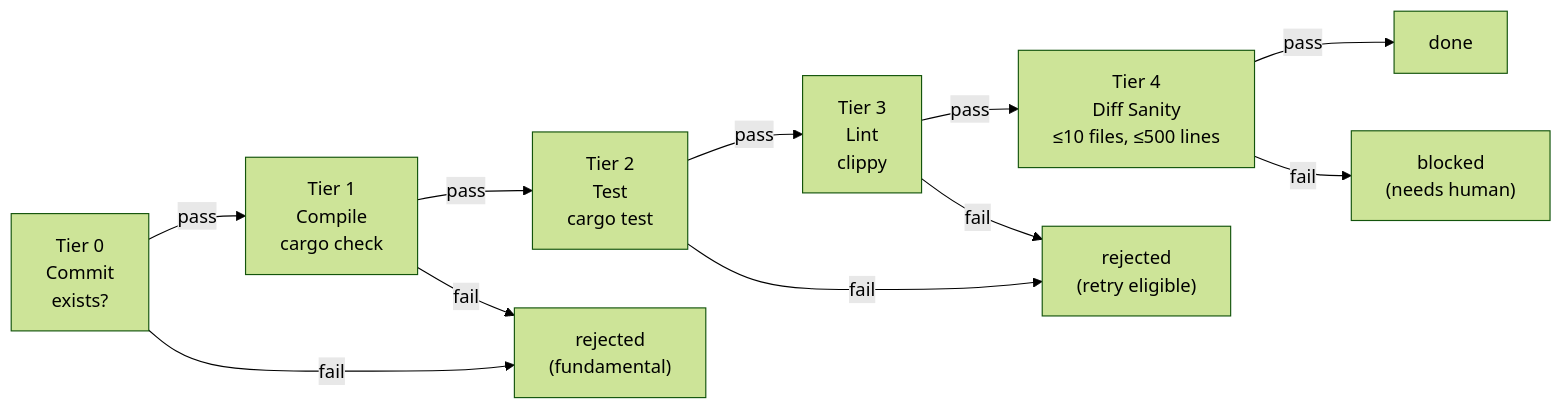
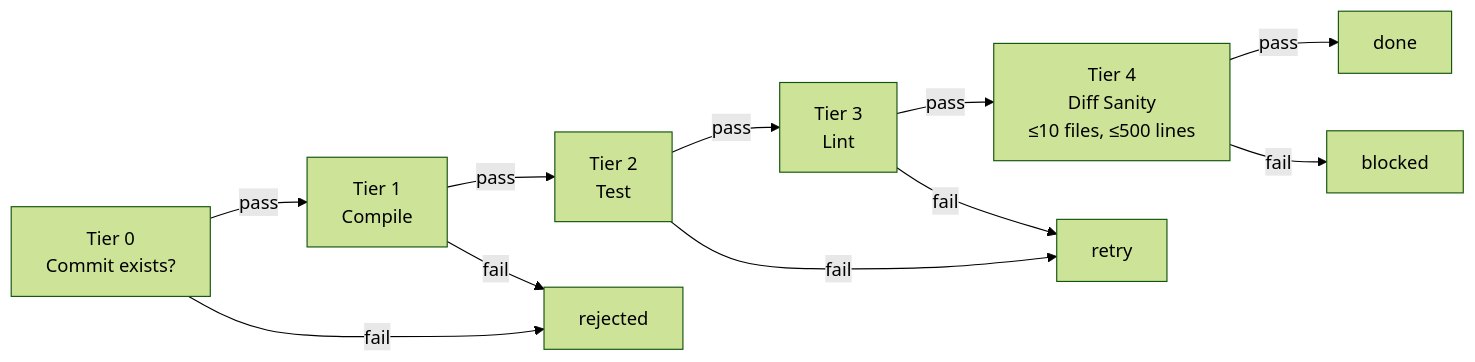
Before and after one commit to agentic-research/rosary: the sixth of 7 diagrams in docs/ARCHITECTURE.md, drawn with Mermaid (forest theme). The commit also changed other lines of this file, not shown here.

First line of the commit message:
docs: update ARCHITECTURE.md — add new modules, fix stale diagrams

````diff
--- a/docs/ARCHITECTURE.md
+++ b/docs/ARCHITECTURE.md
@@ -149,15 +188,15 @@
 ```mermaid
 flowchart LR
-    T0["Tier 0<br/>Commit<br/>exists?"]
-    T1["Tier 1<br/>Compile<br/>cargo check"]
-    T2["Tier 2<br/>Test<br/>cargo test"]
-    T3["Tier 3<br/>Lint<br/>clippy"]
+    T0["Tier 0<br/>Commit exists?"]
+    T1["Tier 1<br/>Compile"]
+    T2["Tier 2<br/>Test"]
+    T3["Tier 3<br/>Lint"]
     T4["Tier 4<br/>Diff Sanity<br/>≤10 files, ≤500 lines"]
 
     T0 -->|pass| T1 -->|pass| T2 -->|pass| T3 -->|pass| T4 -->|pass| DONE["done"]
-    T0 -->|fail| REJECT["rejected<br/>(fundamental)"]
+    T0 -->|fail| REJECT["rejected"]
     T1 -->|fail| REJECT
-    T2 -->|fail| RETRY["rejected<br/>(retry eligible)"]
+    T2 -->|fail| RETRY["retry"]
     T3 -->|fail| RETRY
-    T4 -->|fail| PARTIAL["blocked<br/>(needs human)"]
+    T4 -->|fail| BLOCK["blocked"]
 ```
````
